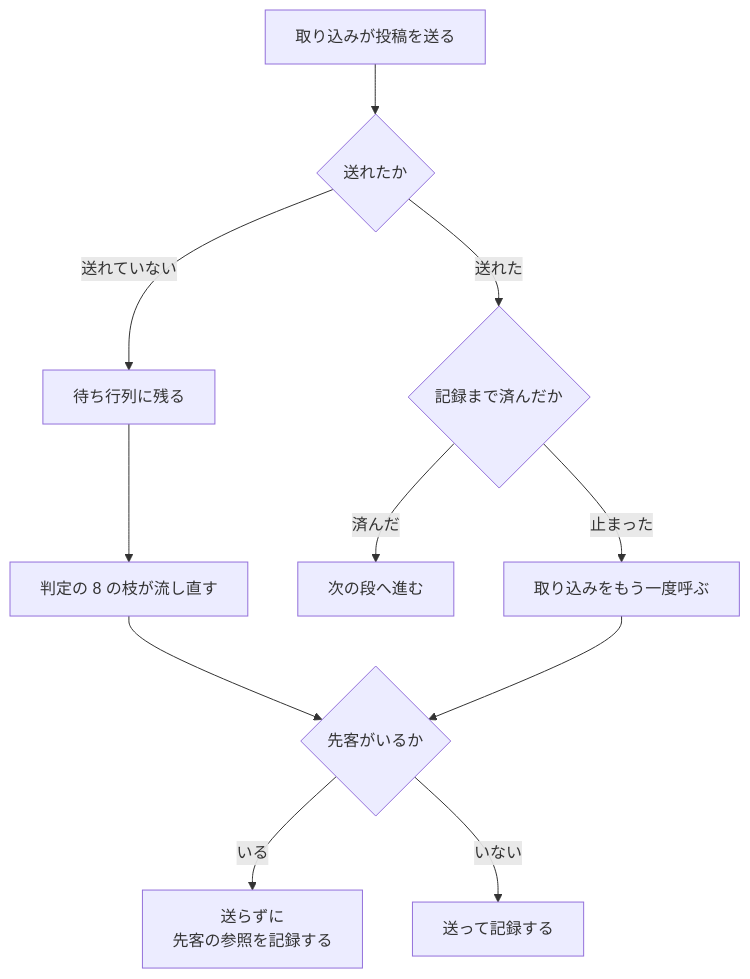
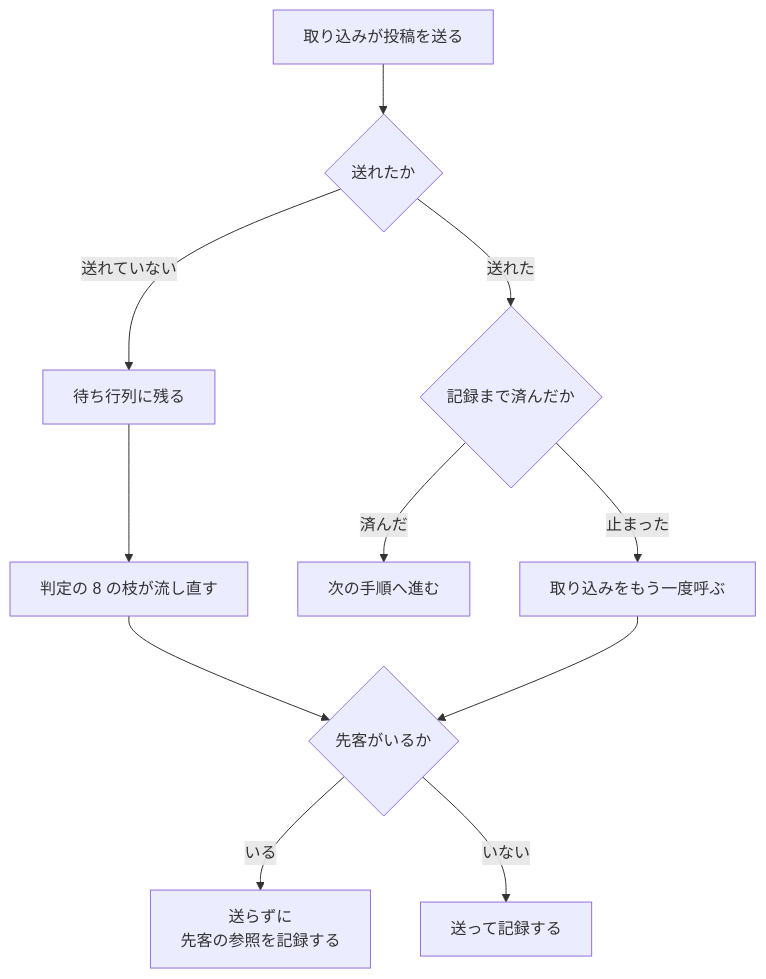
One commit to devbasex/ai-plugins changed the second of 2 diagrams in docs/specifications/cross-review-writes-to-conductor.md. Above: the diagram before and after it, drawn with Mermaid. The commit also changed other lines of this file and 49 other files, not shown here.

````diff
--- a/docs/specifications/cross-review-writes-to-conductor.md
+++ b/docs/specifications/cross-review-writes-to-conductor.md
@@ -303,13 +303,13 @@
 ```mermaid
 graph TD
     A[取り込みが投稿を送る] --> B{送れたか}
     B -->|送れていない| D[待ち行列に残る]
     D --> E[判定の 8 の枝が流し直す]
     B -->|送れた| C{記録まで済んだか}
-    C -->|済んだ| J[次の段へ進む]
+    C -->|済んだ| J[次の手順へ進む]
     C -->|止まった| K[取り込みをもう一度呼ぶ]
     E --> F{先客がいるか}
     K --> F
     F -->|いる| G[送らずに<br/>先客の参照を記録する]
     F -->|いない| H[送って記録する]
 ```
````
